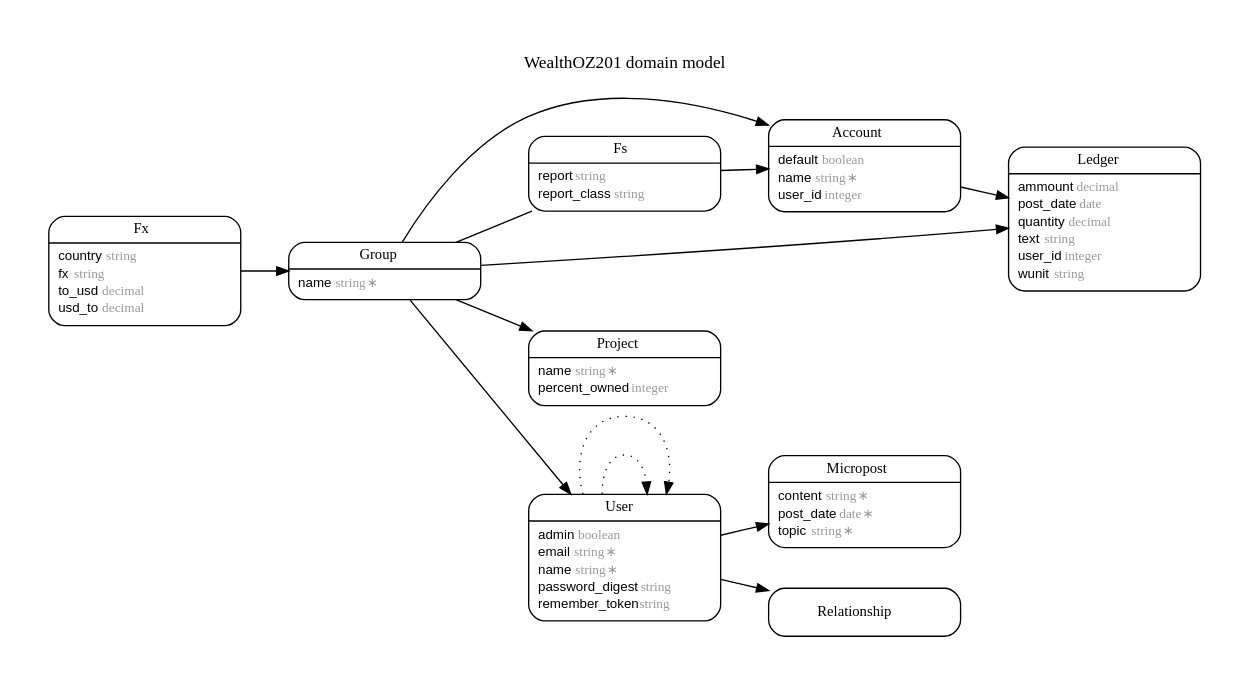
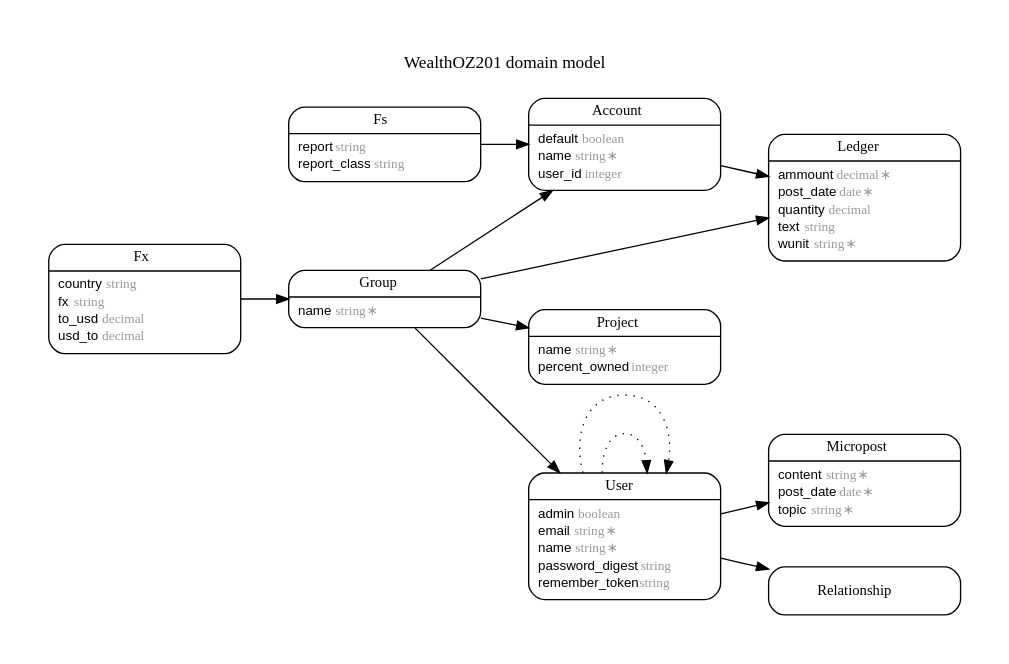
Before and after one commit to wealthoz/wealthoz.com: the diagram in erd.dot, drawn with Graphviz. The commit also changed 16 other files, not shown here.

```diff
--- a/erd.dot
+++ b/erd.dot
@@ -1,113 +1,111 @@
 digraph WealthOZ201 {
 rankdir = "LR";
 ranksep = "0.5";
 nodesep = "0.4";
 pad = "0.4,0.4";
 margin = "0,0";
 concentrate = "true";
 labelloc = "t";
 fontsize = "13";
 fontname = "Arial Bold";
 node[ shape  =  "Mrecord" , fontsize  =  "10" , fontname  =  "Arial" , margin  =  "0.07,0.05" , penwidth  =  "1.0"];
 edge[ fontname  =  "Arial" , fontsize  =  "7" , dir  =  "both" , arrowsize  =  "0.9" , penwidth  =  "1.0" , labelangle  =  "32" , labeldistance  =  "1.8"];
 label = "WealthOZ201 domain model\n\n";
 m_Account [label = <<table border="0" align="center" cellspacing="0.5" cellpadding="0" width="134">
   <tr><td align="center" valign="bottom" width="130"><font face="Arial Bold" point-size="11">Account</font></td></tr>
 </table>
 |
 <table border="0" align="left" cellspacing="2" cellpadding="0" width="134">
   <tr><td align="left" width="130" port="default">default <font face="Arial Italic" color="grey60">boolean</font></td></tr>
   <tr><td align="left" width="130" port="name">name <font face="Arial Italic" color="grey60">string ∗</font></td></tr>
   <tr><td align="left" width="130" port="user_id">user_id <font face="Arial Italic" color="grey60">integer</font></td></tr>
 </table>
 >];
 m_Fs [label = <<table border="0" align="center" cellspacing="0.5" cellpadding="0" width="134">
   <tr><td align="center" valign="bottom" width="130"><font face="Arial Bold" point-size="11">Fs</font></td></tr>
 </table>
 |
 <table border="0" align="left" cellspacing="2" cellpadding="0" width="134">
   <tr><td align="left" width="130" port="report">report <font face="Arial Italic" color="grey60">string</font></td></tr>
   <tr><td align="left" width="130" port="report_class">report_class <font face="Arial Italic" color="grey60">string</font></td></tr>
 </table>
 >];
 m_Fx [label = <<table border="0" align="center" cellspacing="0.5" cellpadding="0" width="134">
   <tr><td align="center" valign="bottom" width="130"><font face="Arial Bold" point-size="11">Fx</font></td></tr>
 </table>
 |
 <table border="0" align="left" cellspacing="2" cellpadding="0" width="134">
   <tr><td align="left" width="130" port="country">country <font face="Arial Italic" color="grey60">string</font></td></tr>
   <tr><td align="left" width="130" port="fx">fx <font face="Arial Italic" color="grey60">string</font></td></tr>
   <tr><td align="left" width="130" port="to_usd">to_usd <font face="Arial Italic" color="grey60">decimal</font></td></tr>
   <tr><td align="left" width="130" port="usd_to">usd_to <font face="Arial Italic" color="grey60">decimal</font></td></tr>
 </table>
 >];
 m_Group [label = <<table border="0" align="center" cellspacing="0.5" cellpadding="0" width="134">
   <tr><td align="center" valign="bottom" width="130"><font face="Arial Bold" point-size="11">Group</font></td></tr>
 </table>
 |
 <table border="0" align="left" cellspacing="2" cellpadding="0" width="134">
   <tr><td align="left" width="130" port="name">name <font face="Arial Italic" color="grey60">string ∗</font></td></tr>
 </table>
 >];
 m_Ledger [label = <<table border="0" align="center" cellspacing="0.5" cellpadding="0" width="134">
   <tr><td align="center" valign="bottom" width="130"><font face="Arial Bold" point-size="11">Ledger</font></td></tr>
 </table>
 |
 <table border="0" align="left" cellspacing="2" cellpadding="0" width="134">
-  <tr><td align="left" width="130" port="ammount">ammount <font face="Arial Italic" color="grey60">decimal</font></td></tr>
-  <tr><td align="left" width="130" port="post_date">post_date <font face="Arial Italic" color="grey60">date</font></td></tr>
+  <tr><td align="left" width="130" port="ammount">ammount <font face="Arial Italic" color="grey60">decimal ∗</font></td></tr>
+  <tr><td align="left" width="130" port="post_date">post_date <font face="Arial Italic" color="grey60">date ∗</font></td></tr>
   <tr><td align="left" width="130" port="quantity">quantity <font face="Arial Italic" color="grey60">decimal</font></td></tr>
   <tr><td align="left" width="130" port="text">text <font face="Arial Italic" color="grey60">string</font></td></tr>
-  <tr><td align="left" width="130" port="user_id">user_id <font face="Arial Italic" color="grey60">integer</font></td></tr>
-  <tr><td align="left" width="130" port="wunit">wunit <font face="Arial Italic" color="grey60">string</font></td></tr>
+  <tr><td align="left" width="130" port="wunit">wunit <font face="Arial Italic" color="grey60">string ∗</font></td></tr>
 </table>
 >];
 m_Micropost [label = <<table border="0" align="center" cellspacing="0.5" cellpadding="0" width="134">
   <tr><td align="center" valign="bottom" width="130"><font face="Arial Bold" point-size="11">Micropost</font></td></tr>
 </table>
 |
 <table border="0" align="left" cellspacing="2" cellpadding="0" width="134">
   <tr><td align="left" width="130" port="content">content <font face="Arial Italic" color="grey60">string ∗</font></td></tr>
   <tr><td align="left" width="130" port="post_date">post_date <font face="Arial Italic" color="grey60">date ∗</font></td></tr>
   <tr><td align="left" width="130" port="topic">topic <font face="Arial Italic" color="grey60">string ∗</font></td></tr>
 </table>
 >];
 m_Project [label = <<table border="0" align="center" cellspacing="0.5" cellpadding="0" width="134">
   <tr><td align="center" valign="bottom" width="130"><font face="Arial Bold" point-size="11">Project</font></td></tr>
 </table>
 |
 <table border="0" align="left" cellspacing="2" cellpadding="0" width="134">
   <tr><td align="left" width="130" port="name">name <font face="Arial Italic" color="grey60">string ∗</font></td></tr>
   <tr><td align="left" width="130" port="percent_owned">percent_owned <font face="Arial Italic" color="grey60">integer</font></td></tr>
 </table>
 >];
 m_Relationship [label = <<table border="0" align="center" cellspacing="0.5" cellpadding="0" width="134">
   <tr><td align="center" valign="bottom" width="130"><font face="Arial Bold" point-size="11">Relationship</font></td></tr>
 </table>
 >];
 m_User [label = <<table border="0" align="center" cellspacing="0.5" cellpadding="0" width="134">
   <tr><td align="center" valign="bottom" width="130"><font face="Arial Bold" point-size="11">User</font></td></tr>
 </table>
 |
 <table border="0" align="left" cellspacing="2" cellpadding="0" width="134">
   <tr><td align="left" width="130" port="admin">admin <font face="Arial Italic" color="grey60">boolean</font></td></tr>
   <tr><td align="left" width="130" port="email">email <font face="Arial Italic" color="grey60">string ∗</font></td></tr>
   <tr><td align="left" width="130" port="name">name <font face="Arial Italic" color="grey60">string ∗</font></td></tr>
   <tr><td align="left" width="130" port="password_digest">password_digest <font face="Arial Italic" color="grey60">string</font></td></tr>
   <tr><td align="left" width="130" port="remember_token">remember_token <font face="Arial Italic" color="grey60">string</font></td></tr>
 </table>
 >];
   m_Group -> m_Account [arrowhead = "normal", arrowtail = "none", weight = "2"];
   m_Fs -> m_Account [arrowhead = "normal", arrowtail = "none", weight = "2"];
   m_Account -> m_Ledger [arrowhead = "normal", arrowtail = "none", weight = "2"];
-  m_Group -> m_Fs [arrowhead = "none", arrowtail = "none", weight = "2"];
   m_Fx -> m_Group [arrowhead = "normal", arrowtail = "none", weight = "2"];
   m_Group -> m_User [arrowhead = "normal", arrowtail = "none", weight = "2"];
   m_Group -> m_Project [arrowhead = "normal", arrowtail = "none", weight = "2"];
   m_Group -> m_Ledger [arrowhead = "normal", arrowtail = "none", weight = "2"];
   m_User -> m_Micropost [arrowhead = "normal", arrowtail = "none", weight = "2"];
   m_User -> m_Relationship [arrowhead = "normal", arrowtail = "none", weight = "2"];
   m_User -> m_Relationship [arrowhead = "normal", arrowtail = "none", weight = "2"];
   m_User -> m_User [style = "dotted", arrowhead = "normal", arrowtail = "none", weight = "1", constraint = "false"];
   m_User -> m_User [style = "dotted", arrowhead = "normal", arrowtail = "none", weight = "1", constraint = "false"];
 }
```
